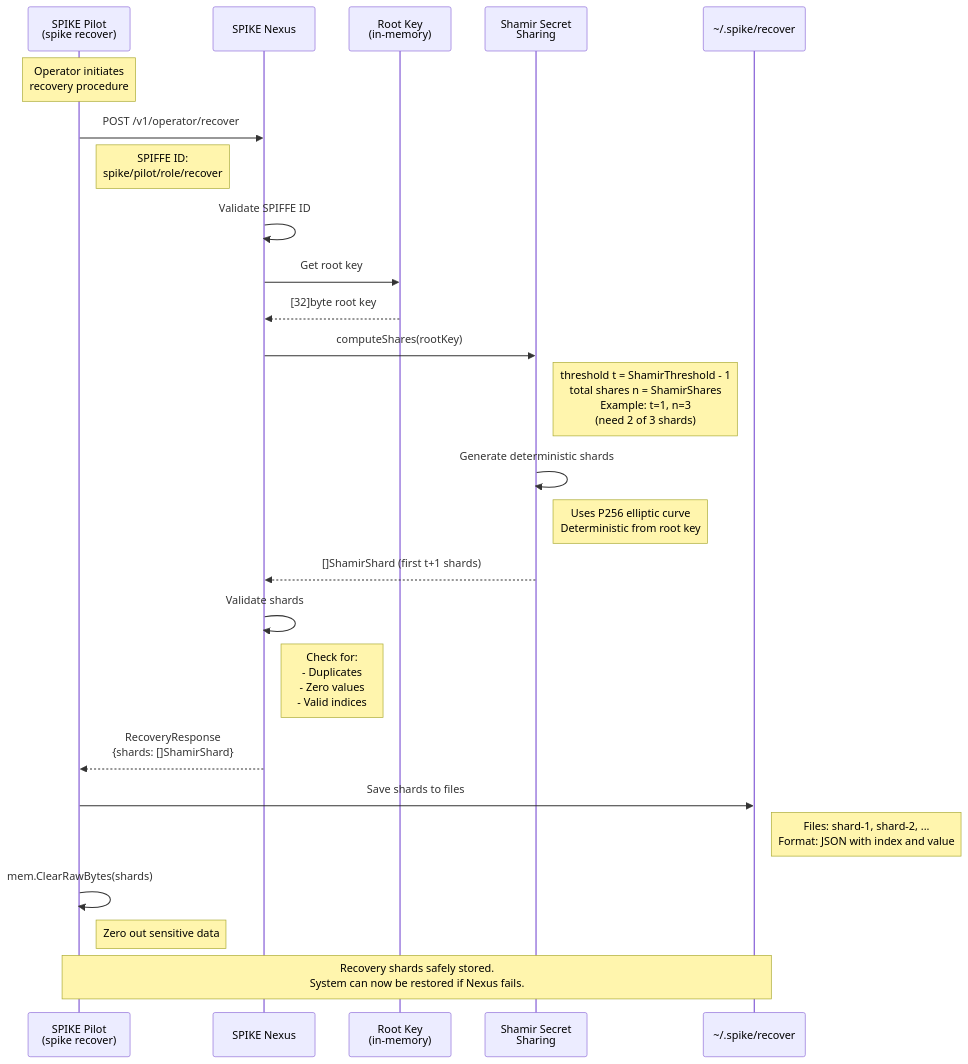
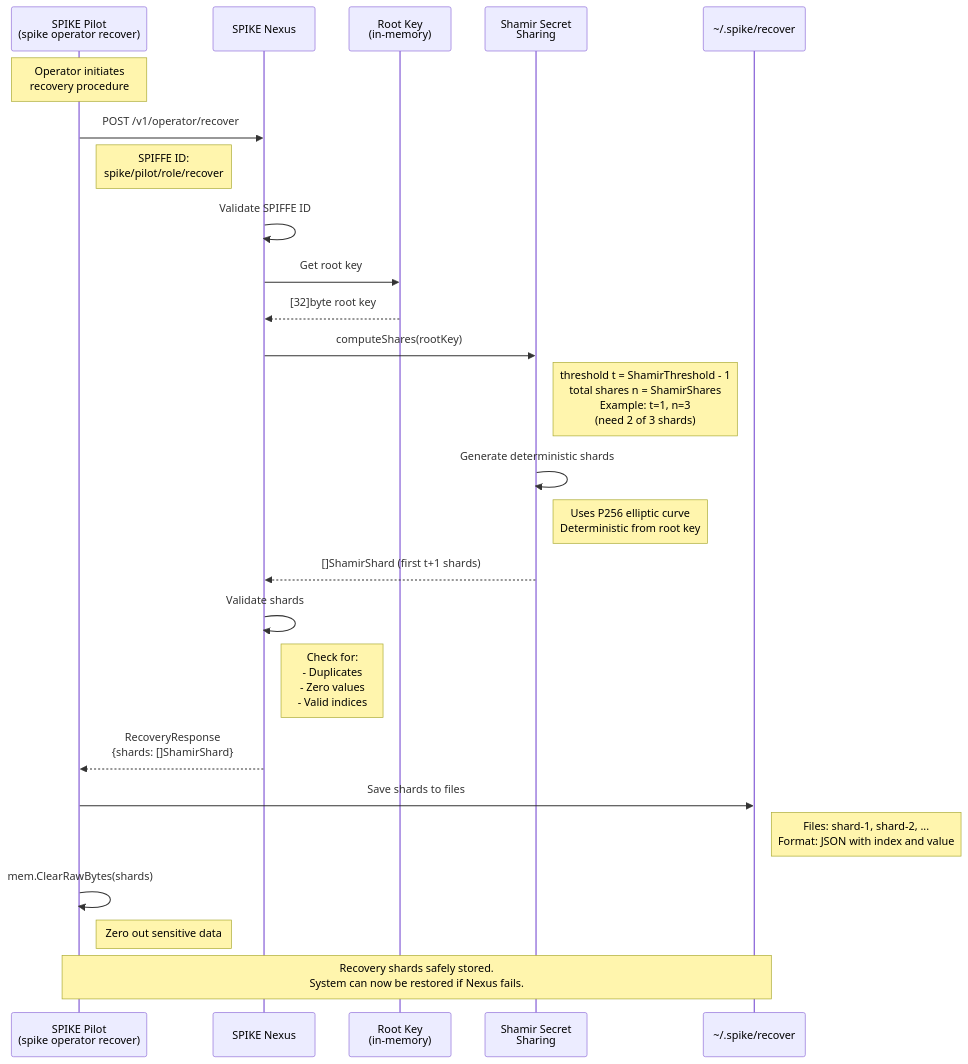
One commit to spiffe/spike changed the diagram in diagrams/001-spike-nexus-generate-shards.md. Above: the diagram before and after it, drawn with Mermaid. The commit also changed other lines of this file and 161 other files, not shown here.

````diff
--- a/diagrams/001-spike-nexus-generate-shards.md
+++ b/diagrams/001-spike-nexus-generate-shards.md
@@ -15,39 +15,39 @@
 ```mermaid
 sequenceDiagram
-    participant Operator as SPIKE Pilot<br/>(spike recover)
+    participant Operator as SPIKE Pilot<br/>(spike operator recover)
     participant Nexus as SPIKE Nexus
     participant RootKey as Root Key<br/>(in-memory)
     participant Shamir as Shamir Secret<br/>Sharing
     participant Disk as ~/.spike/recover
 
     Note over Operator: Operator initiates<br/>recovery procedure
 
     Operator->>Nexus: POST /v1/operator/recover
     Note right of Operator: SPIFFE ID:<br/>spike/pilot/role/recover
 
     Nexus->>Nexus: Validate SPIFFE ID
 
     Nexus->>RootKey: Get root key
     RootKey-->>Nexus: [32]byte root key
 
     Nexus->>Shamir: computeShares(rootKey)
     Note right of Shamir: threshold t = ShamirThreshold - 1<br/>total shares n = ShamirShares<br/>Example: t=1, n=3<br/>(need 2 of 3 shards)
 
     Shamir->>Shamir: Generate deterministic shards
     Note right of Shamir: Uses P256 elliptic curve<br/>Deterministic from root key
 
     Shamir-->>Nexus: []ShamirShard (first t+1 shards)
 
     Nexus->>Nexus: Validate shards
     Note right of Nexus: Check for:<br/>- Duplicates<br/>- Zero values<br/>- Valid indices
 
     Nexus-->>Operator: RecoveryResponse<br/>{shards: []ShamirShard}
 
     Operator->>Disk: Save shards to files
     Note right of Disk: Files: shard-1, shard-2, ...<br/>Format: JSON with index and value
 
     Operator->>Operator: mem.ClearRawBytes(shards)
     Note right of Operator: Zero out sensitive data
 
     Note over Operator,Disk: Recovery shards safely stored.<br/>System can now be restored if Nexus fails.
 ```
````
